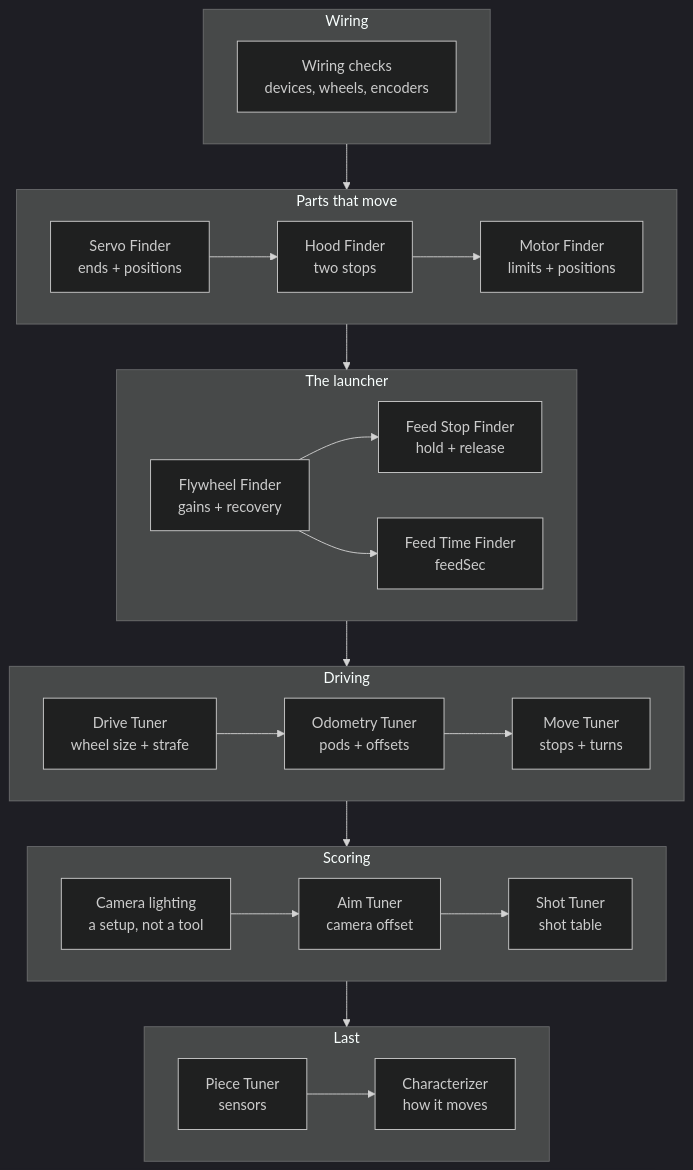
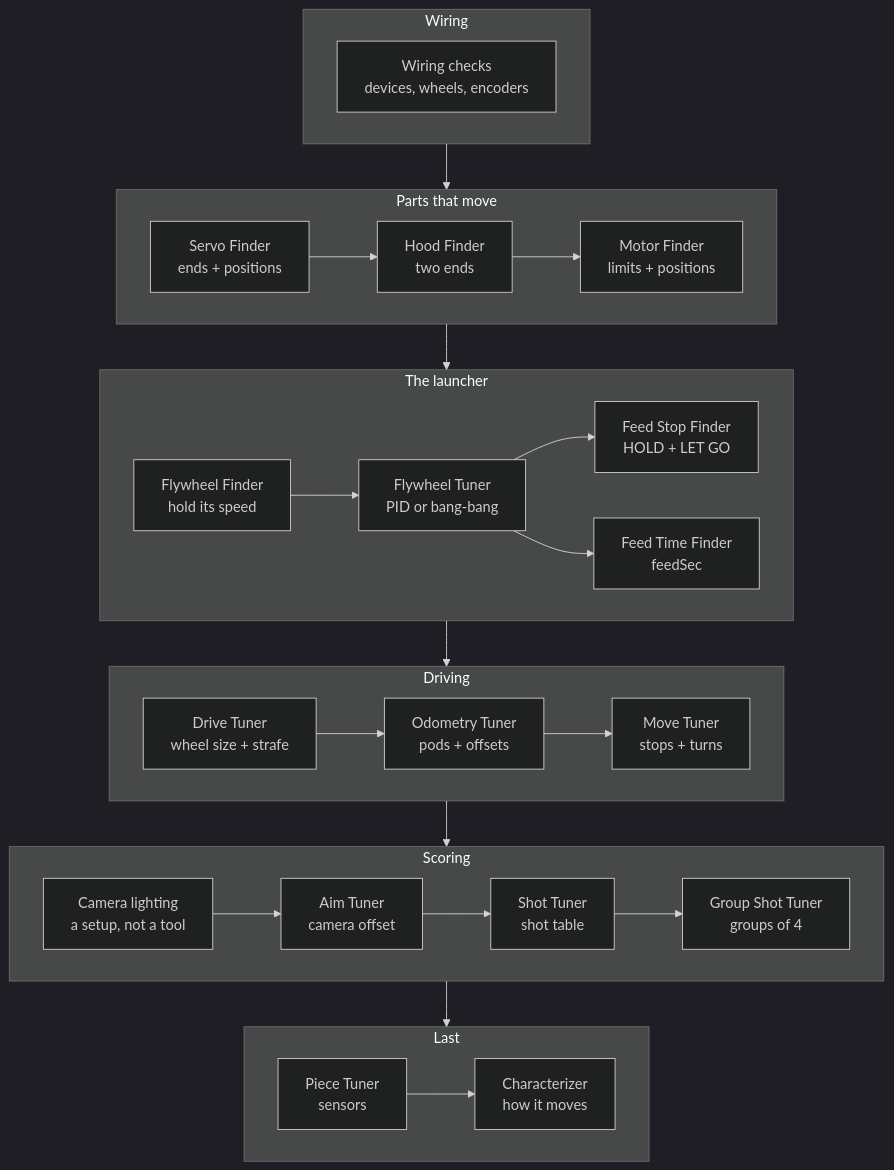
Before and after one commit to crossbotics/ftc-helper-lib: the diagram in docs/tuning/README.md, drawn with Mermaid (dark theme). The commit also changed other lines of this file and 262 other files, not shown here.

First line of the commit message:
Flywheel Tuner, Group Shot Tuner, continuous fire, bang-bang, finer INIT menu

````diff
--- a/docs/tuning/README.md
+++ b/docs/tuning/README.md
@@ -14,28 +14,30 @@
 ```mermaid
 flowchart TB
     subgraph G1["Wiring"]
         H["Wiring checks<br/>devices, wheels, encoders"]
     end
     subgraph G2["Parts that move"]
         direction LR
-        S["Servo Finder<br/>ends + positions"] --> HO["Hood Finder<br/>two stops"] --> M["Motor Finder<br/>limits + positions"]
+        S["Servo Finder<br/>ends + positions"] --> HO["Hood Finder<br/>two ends"] --> M["Motor Finder<br/>limits + positions"]
     end
     subgraph G3["The launcher"]
         direction LR
-        F["Flywheel Finder<br/>gains + recovery"] --> FS["Feed Stop Finder<br/>hold + release"]
-        F --> FT["Feed Time Finder<br/>feedSec"]
+        F["Flywheel Finder<br/>hold its speed"] --> FW["Flywheel Tuner<br/>PID or bang-bang"]
+        FW --> FS["Feed Stop Finder<br/>HOLD + LET GO"]
+        FW --> FT["Feed Time Finder<br/>feedSec"]
     end
     subgraph G4["Driving"]
         direction LR
         D["Drive Tuner<br/>wheel size + strafe"] --> O["Odometry Tuner<br/>pods + offsets"] --> MV["Move Tuner<br/>stops + turns"]
     end
     subgraph G5["Scoring"]
         direction LR
         L["Camera lighting<br/>a setup, not a tool"] --> A["Aim Tuner<br/>camera offset"] --> T["Shot Tuner<br/>shot table"]
+        T --> GS["Group Shot Tuner<br/>groups of 4"]
     end
     subgraph G6["Last"]
         direction LR
         P["Piece Tuner<br/>sensors"] --> C["Characterizer<br/>how it moves"]
     end
     G1 --> G2 --> G3 --> G4 --> G5 --> G6
 ```
````
